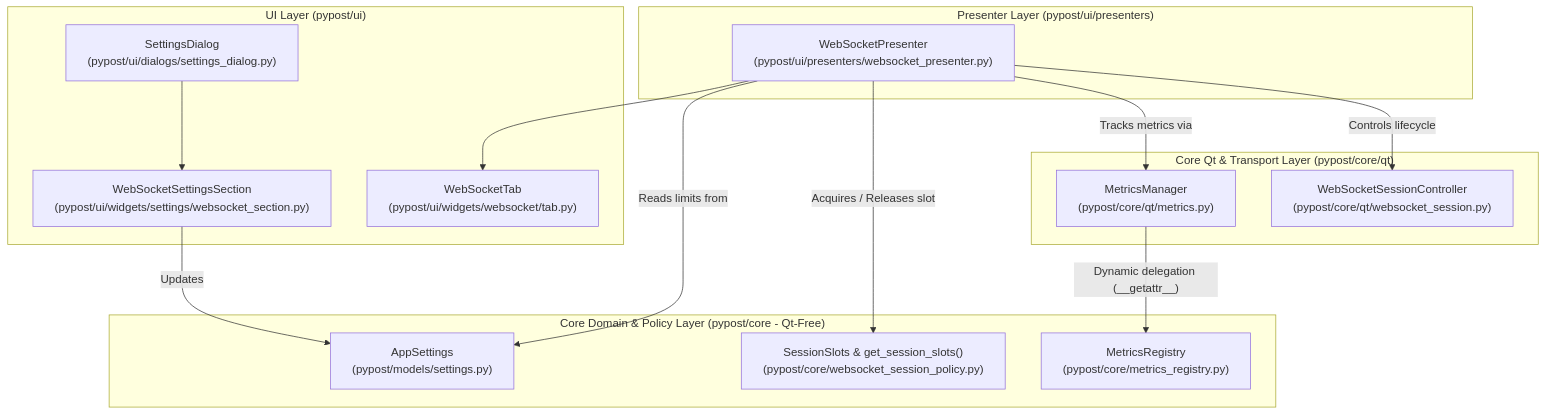
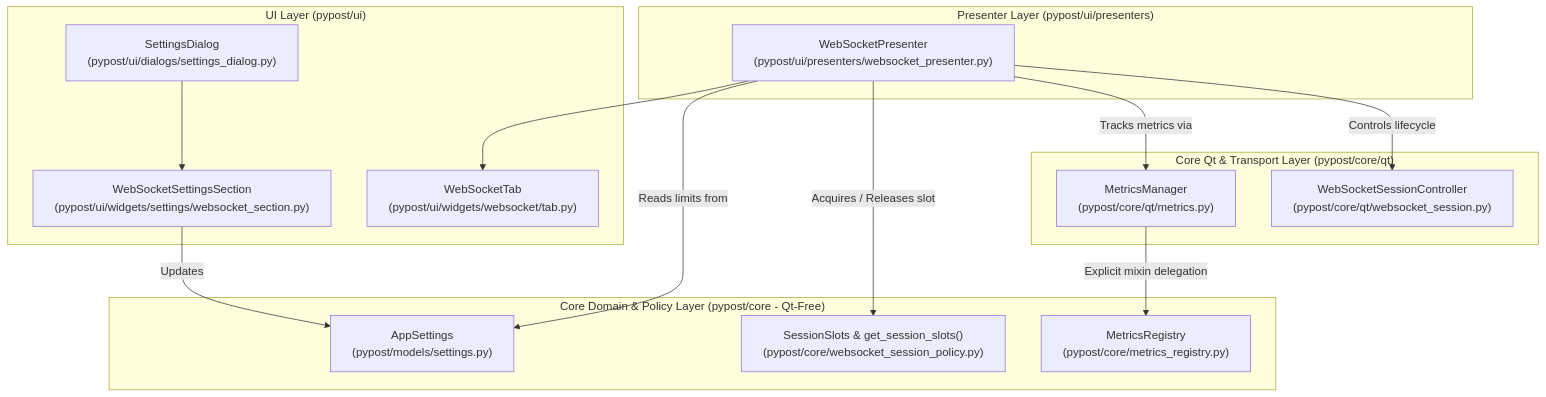
Before and after one commit to koctep/pypost: the first of 2 diagrams in doc/dev/websocket_settings_session_ceiling_and_metrics.md, drawn with Mermaid. The commit also changed other lines of this file and 13 other files, not shown here.

First line of the commit message:
refactoring(metrics): PYPOST-1146 modularize MetricsManager delegation

````diff
--- a/doc/dev/websocket_settings_session_ceiling_and_metrics.md
+++ b/doc/dev/websocket_settings_session_ceiling_and_metrics.md
@@ -39,32 +39,32 @@
 ```mermaid
 flowchart TB
     subgraph UI ["UI Layer (pypost/ui)"]
         SD["SettingsDialog<br/>(pypost/ui/dialogs/settings_dialog.py)"]
         WSS["WebSocketSettingsSection<br/>(pypost/ui/widgets/settings/websocket_section.py)"]
         WTab["WebSocketTab<br/>(pypost/ui/widgets/websocket/tab.py)"]
         SD --> WSS
     end
 
     subgraph Presenters ["Presenter Layer (pypost/ui/presenters)"]
         WSP["WebSocketPresenter<br/>(pypost/ui/presenters/websocket_presenter.py)"]
         WSP --> WTab
     end
 
     subgraph CoreDomain ["Core Domain & Policy Layer (pypost/core - Qt-Free)"]
         Settings["AppSettings<br/>(pypost/models/settings.py)"]
         Slots["SessionSlots & get_session_slots()<br/>(pypost/core/websocket_session_policy.py)"]
         MetricsReg["MetricsRegistry<br/>(pypost/core/metrics_registry.py)"]
     end
 
     subgraph CoreQt ["Core Qt & Transport Layer (pypost/core/qt)"]
         MetricsMgr["MetricsManager<br/>(pypost/core/qt/metrics.py)"]
         SessionCtrl["WebSocketSessionController<br/>(pypost/core/qt/websocket_session.py)"]
     end
 
     WSS -->|"Updates"| Settings
     WSP -->|"Reads limits from"| Settings
     WSP -->|"Acquires / Releases slot"| Slots
     WSP -->|"Tracks metrics via"| MetricsMgr
-    MetricsMgr -->|"Dynamic delegation (__getattr__)"| MetricsReg
+    MetricsMgr -->|"Explicit mixin delegation"| MetricsReg
     WSP -->|"Controls lifecycle"| SessionCtrl
 ```
````
